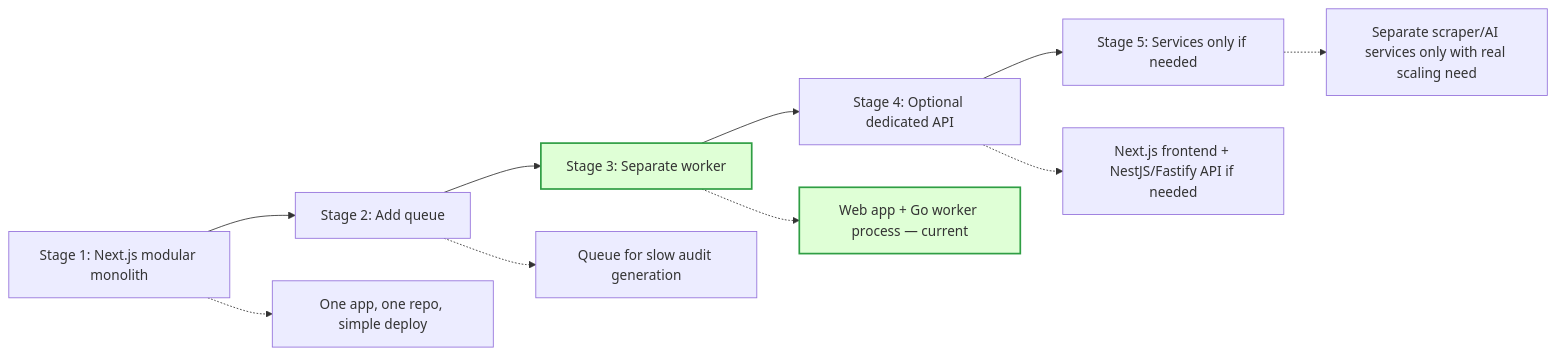
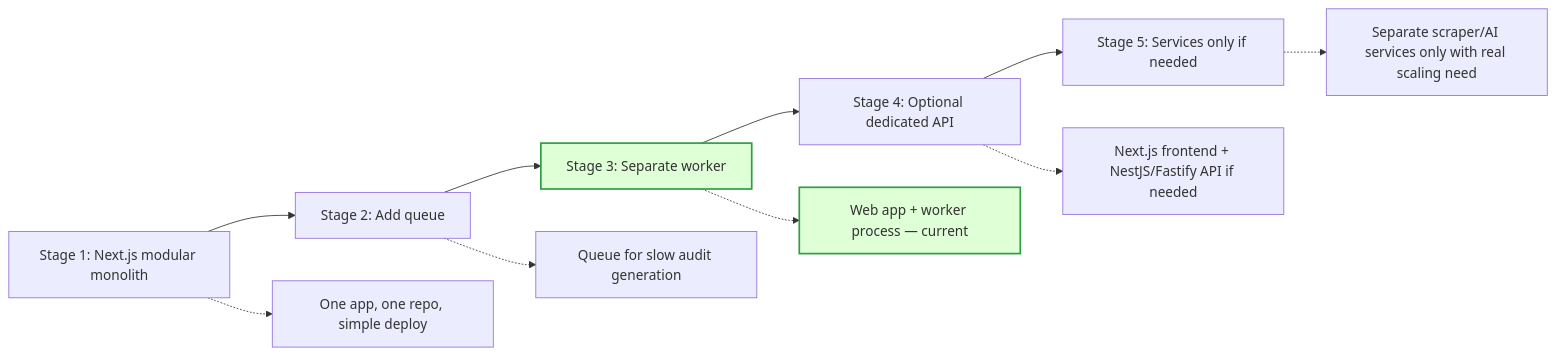
The eighth of 12 diagrams in docs/ARCHITECTURE.md (Luxion07/sitegap-ai), drawn with Mermaid before and after one commit. The commit also changed other lines of this file and 1 other file, not shown here.

First line of the commit message:
docs(architecture): record BullMQ worker decision for Phase 9

````diff
--- a/docs/ARCHITECTURE.md
+++ b/docs/ARCHITECTURE.md
@@ -273,25 +277,25 @@
 ```mermaid
 flowchart LR
   Stage1[Stage 1: Next.js modular monolith]
   Stage2[Stage 2: Add queue]
   Stage3[Stage 3: Separate worker]
   Stage4[Stage 4: Optional dedicated API]
   Stage5[Stage 5: Services only if needed]
 
   Stage1 --> Stage2 --> Stage3 --> Stage4 --> Stage5
 
   Stage1Note[One app, one repo, simple deploy]
   Stage2Note[Queue for slow audit generation]
-  Stage3Note[Web app + Go worker process — current]
+  Stage3Note[Web app + worker process — current]
   Stage4Note[Next.js frontend + NestJS/Fastify API if needed]
   Stage5Note[Separate scraper/AI services only with real scaling need]
 
   Stage1 -.-> Stage1Note
   Stage2 -.-> Stage2Note
   Stage3 -.-> Stage3Note
   Stage4 -.-> Stage4Note
   Stage5 -.-> Stage5Note
 
   classDef current fill:#dfffd6,stroke:#2f9e44,stroke-width:2px;
   class Stage3,Stage3Note current
 ```
````
